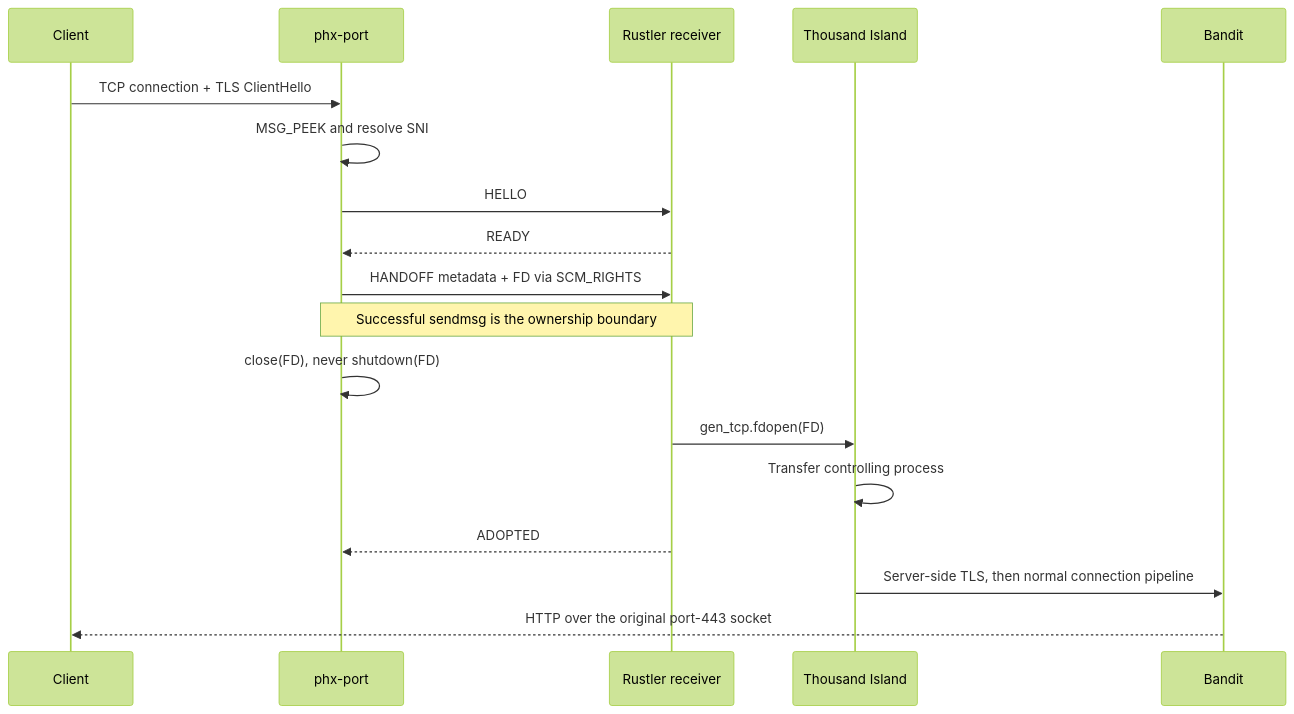
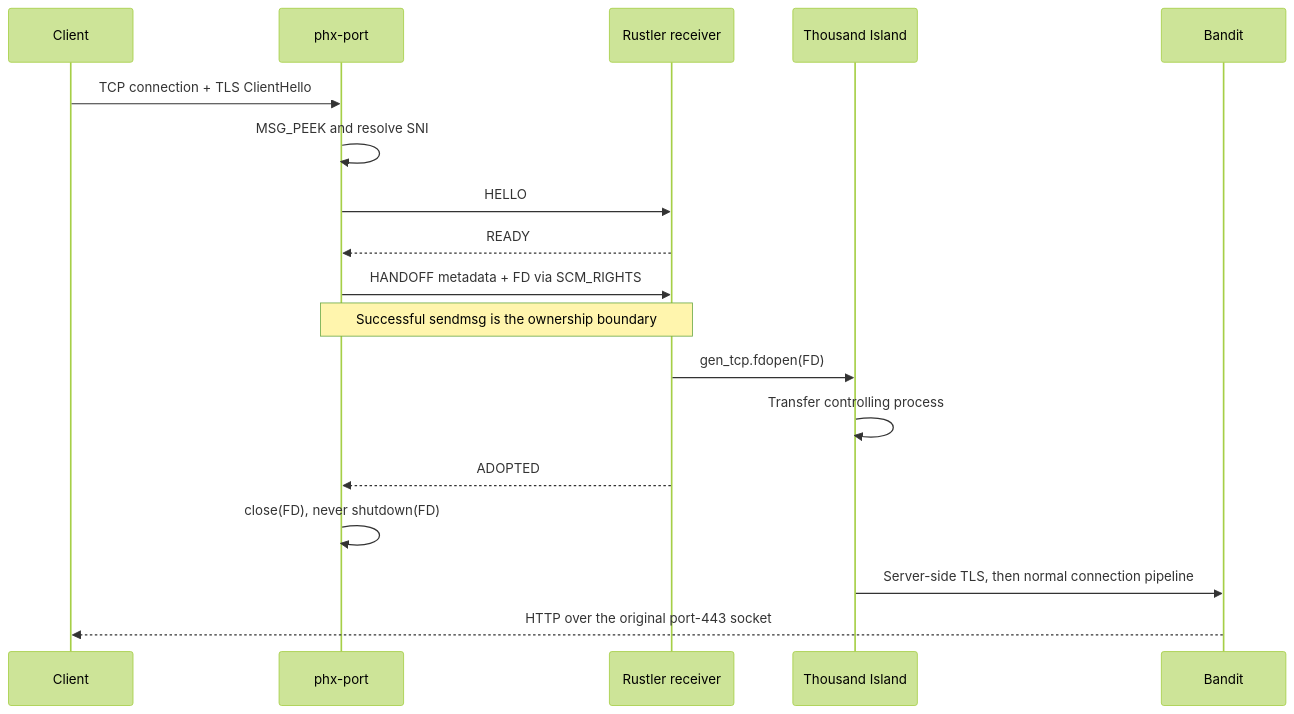
Before and after one commit to chgeuer/phx-port: the second of 2 diagrams in docs/socket-forwarding-design.md, drawn with Mermaid (forest theme). The commit also changed other lines of this file and 12 other files, not shown here.

````diff
--- a/docs/socket-forwarding-design.md
+++ b/docs/socket-forwarding-design.md
@@ -206,21 +207,21 @@
 ```mermaid
 sequenceDiagram
     participant Client
     participant Daemon as phx-port
     participant NIF as Rustler receiver
     participant TI as Thousand Island
     participant Bandit
 
     Client->>Daemon: TCP connection + TLS ClientHello
     Daemon->>Daemon: MSG_PEEK and resolve SNI
     Daemon->>NIF: HELLO
     NIF-->>Daemon: READY
     Daemon->>NIF: HANDOFF metadata + FD via SCM_RIGHTS
     Note over Daemon,NIF: Successful sendmsg is the ownership boundary
-    Daemon->>Daemon: close(FD), never shutdown(FD)
     NIF->>TI: gen_tcp.fdopen(FD)
     TI->>TI: Transfer controlling process
     NIF-->>Daemon: ADOPTED
+    Daemon->>Daemon: close(FD), never shutdown(FD)
     TI->>Bandit: Server-side TLS, then normal connection pipeline
     Bandit-->>Client: HTTP over the original port-443 socket
 ```
````
